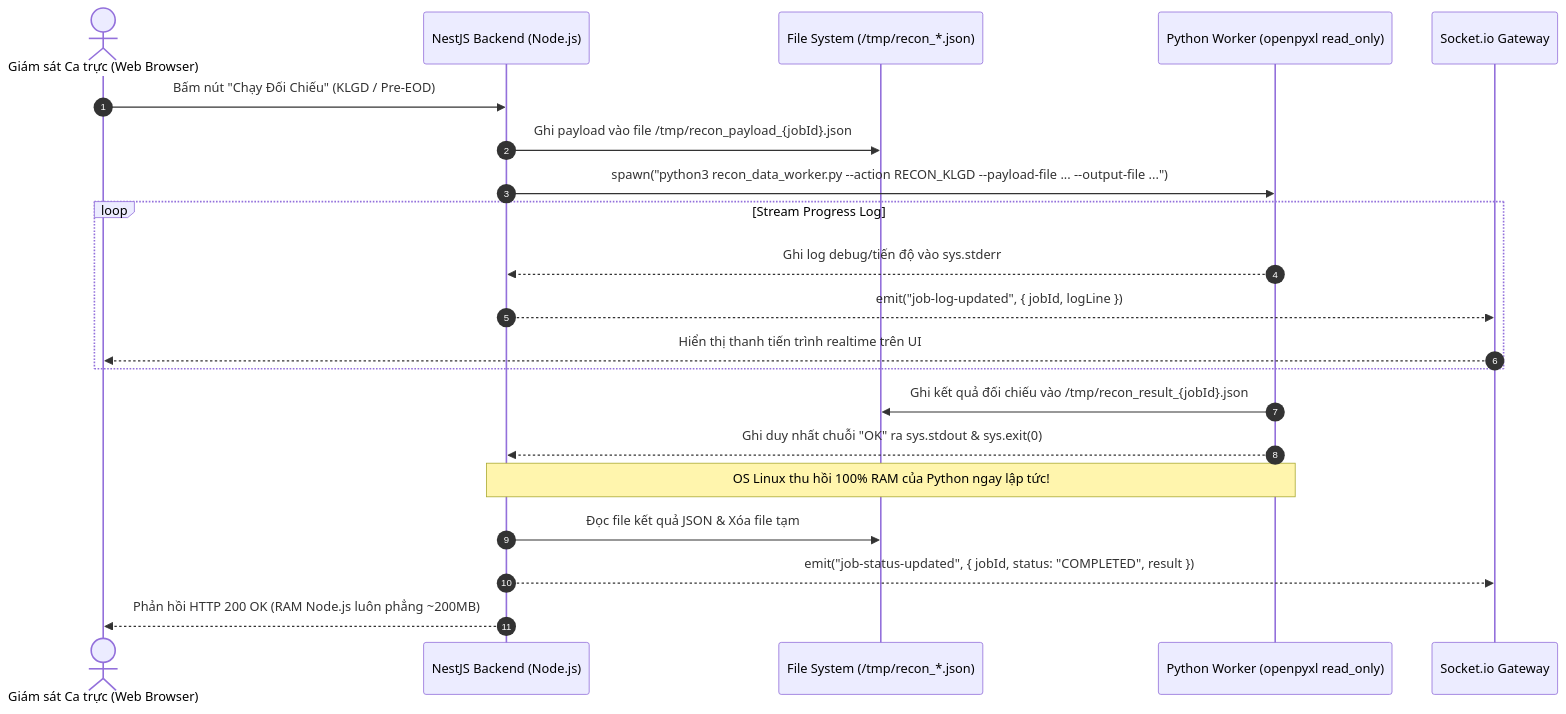
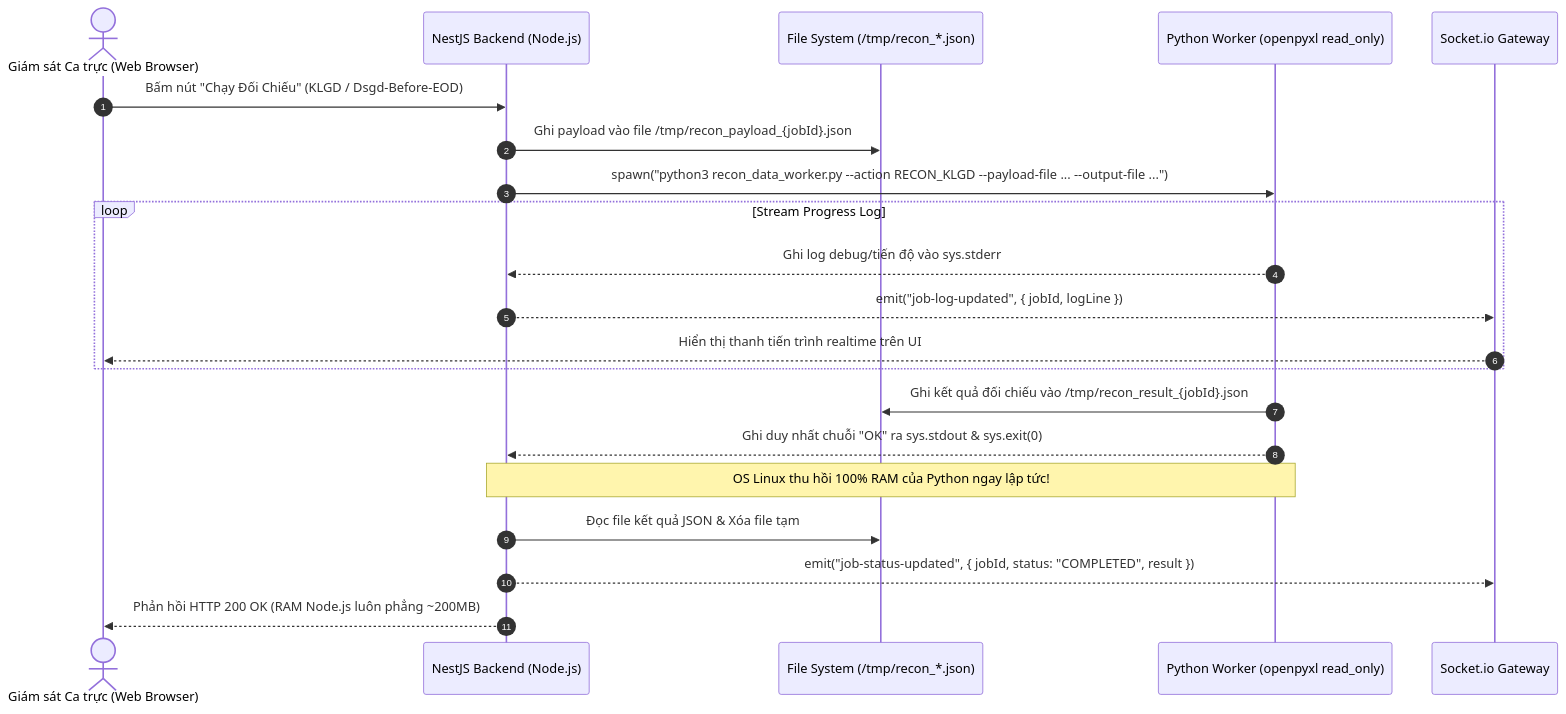
One commit to broly1009a/mxv-shift-checklist changed the diagram in docs/moi/TAI_LIEU_THIET_KE_VA_KIEM_THU_TOAN_DIEN_PYTHON_EXCEL_ENGINE.md. Above: the diagram before and after it, drawn with Mermaid. The commit also changed other lines of this file and 165 other files, not shown here.

````diff
--- a/docs/moi/TAI_LIEU_THIET_KE_VA_KIEM_THU_TOAN_DIEN_PYTHON_EXCEL_ENGINE.md
+++ b/docs/moi/TAI_LIEU_THIET_KE_VA_KIEM_THU_TOAN_DIEN_PYTHON_EXCEL_ENGINE.md
@@ -145,27 +161,27 @@
 ```mermaid
 sequenceDiagram
     autonumber
     actor User as Giám sát Ca trực (Web Browser)
     participant Nest as NestJS Backend (Node.js)
     participant FS as File System (/tmp/recon_*.json)
     participant Py as Python Worker (openpyxl read_only)
     participant WS as Socket.io Gateway
 
-    User->>Nest: Bấm nút "Chạy Đối Chiếu" (KLGD / Pre-EOD)
+    User->>Nest: Bấm nút "Chạy Đối Chiếu" (KLGD / Dsgd-Before-EOD)
     Nest->>FS: Ghi payload vào file /tmp/recon_payload_{jobId}.json
     Nest->>Py: spawn("python3 recon_data_worker.py --action RECON_KLGD --payload-file ... --output-file ...")
-    
+
     loop Stream Progress Log
         Py-->>Nest: Ghi log debug/tiến độ vào sys.stderr
         Nest-->>WS: emit("job-log-updated", { jobId, logLine })
         WS-->>User: Hiển thị thanh tiến trình realtime trên UI
     end
 
     Py->>FS: Ghi kết quả đối chiếu vào /tmp/recon_result_{jobId}.json
     Py-->>Nest: Ghi duy nhất chuỗi "OK" ra sys.stdout & sys.exit(0)
     Note over Py,Nest: OS Linux thu hồi 100% RAM của Python ngay lập tức!
-    
+
     Nest->>FS: Đọc file kết quả JSON & Xóa file tạm
     Nest-->>WS: emit("job-status-updated", { jobId, status: "COMPLETED", result })
     Nest-->>User: Phản hồi HTTP 200 OK (RAM Node.js luôn phẳng ~200MB)
 ```
````
